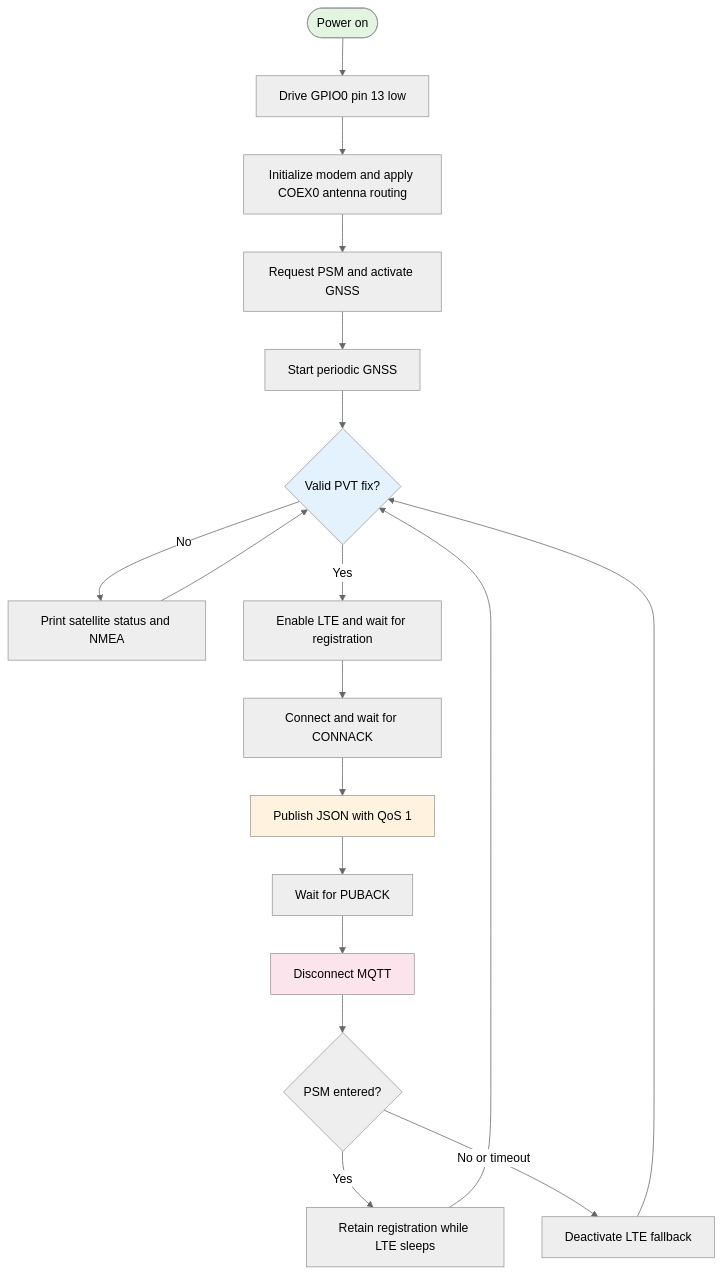
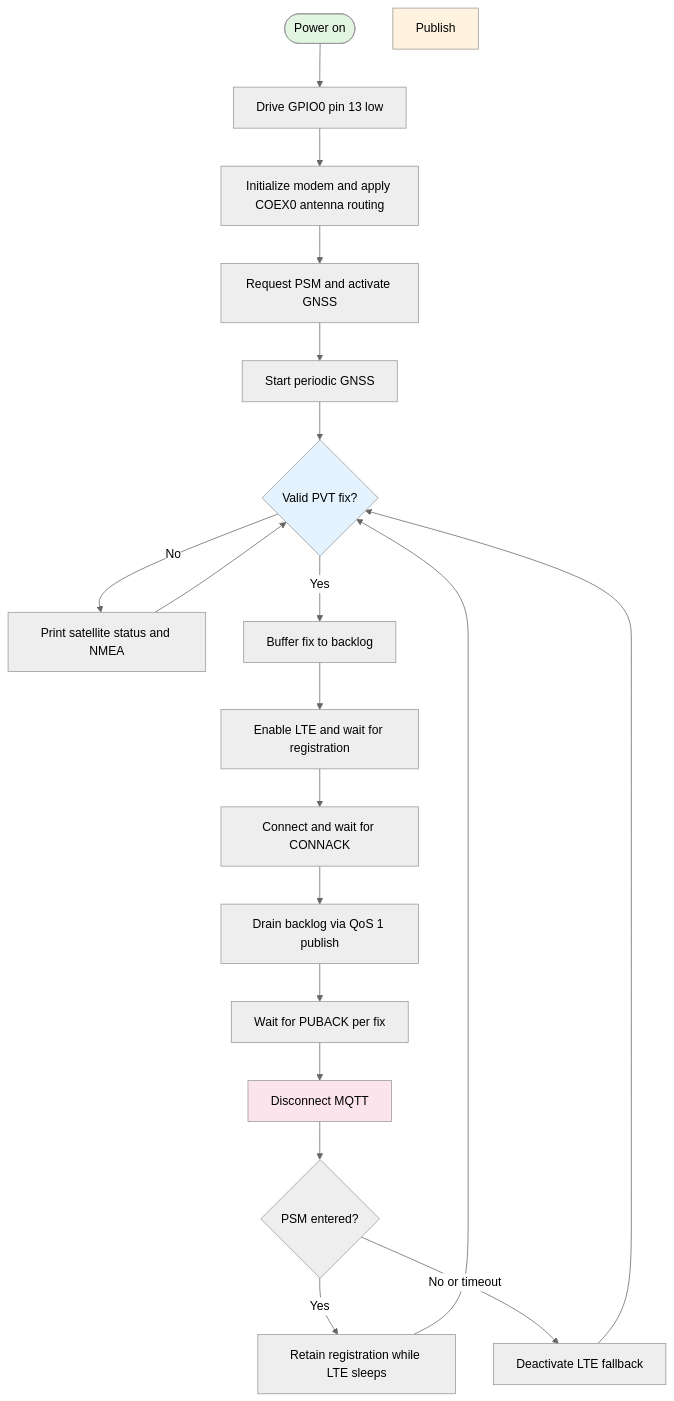
Before and after one commit to Faiisu/WildLifeTracking-NBIOT: the diagram in myprojects/gps_mqtt_tracker/README.md, drawn with Mermaid (neutral theme). The commit also changed other lines of this file and 20 other files, not shown here.

````diff
--- a/myprojects/gps_mqtt_tracker/README.md
+++ b/myprojects/gps_mqtt_tracker/README.md
@@ -62,25 +62,27 @@
 ```mermaid
 flowchart TD
     Boot([Power on]) --> Pin[Drive GPIO0 pin 13 low]
     Pin --> Modem[Initialize modem and apply COEX0 antenna routing]
     Modem --> GPSMode[Request PSM and activate GNSS]
     GPSMode --> StartGPS[Start periodic GNSS]
     StartGPS --> PVT{Valid PVT fix?}
     PVT -->|No| Status[Print satellite status and NMEA]
     Status --> PVT
-    PVT -->|Yes| LTE[Enable LTE and wait for registration]
+    PVT -->|Yes| Buffer[Buffer fix to backlog]
+    Buffer --> LTE[Enable LTE and wait for registration]
     LTE --> MQTT[Connect and wait for CONNACK]
-    MQTT --> Publish[Publish JSON with QoS 1]
-    Publish --> Ack[Wait for PUBACK]
+    MQTT --> Backlog[Drain backlog via QoS 1 publish]
+    Backlog --> Ack[Wait for PUBACK per fix]
     Ack --> Close[Disconnect MQTT]
+
     Close --> PSM{PSM entered?}
     PSM -->|Yes| Sleep[Retain registration while LTE sleeps]
     PSM -->|No or timeout| Fallback[Deactivate LTE fallback]
     Sleep --> PVT
     Fallback --> PVT
 
     style Boot fill:#e1f5e1
     style PVT fill:#e3f2fd
     style Publish fill:#fff3e0
     style Close fill:#fce4ec
 ```
````
